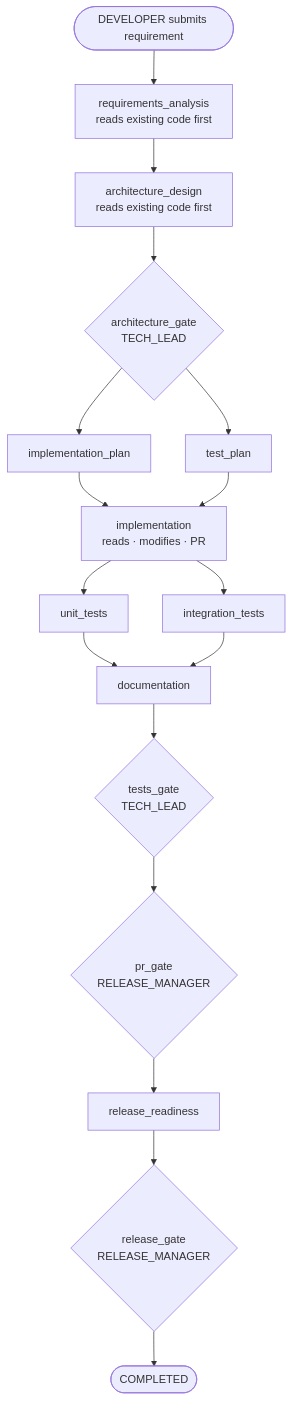
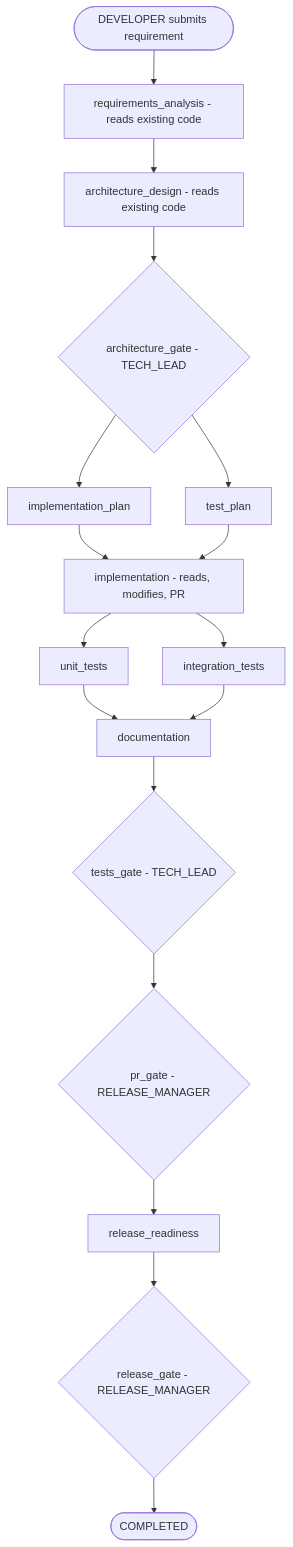
One commit to agentic-dev-projects/url-copilot changed the diagram in docs/scenarios/brownfield.md. Above: the diagram before and after it, drawn with Mermaid. The commit also changed 5 other files, not shown here.

First line of the commit message:
fix: strip all remaining Mermaid syntax GitHub cannot render

````diff
--- a/docs/scenarios/brownfield.md
+++ b/docs/scenarios/brownfield.md
@@ -17,19 +17,19 @@
 ```mermaid
 flowchart TD
-    SUBMIT([DEVELOPER submits requirement]) --> RA["requirements_analysis<br/>reads existing code first"]
-    RA --> AD["architecture_design<br/>reads existing code first"]
-    AD --> G1{"architecture_gate<br/>TECH_LEAD"}
+    SUBMIT([DEVELOPER submits requirement]) --> RA[requirements_analysis - reads existing code]
+    RA --> AD[architecture_design - reads existing code]
+    AD --> G1{architecture_gate - TECH_LEAD}
     G1 --> IP[implementation_plan]
     G1 --> TP[test_plan]
-    IP --> IMPL["implementation<br/>reads · modifies · PR"]
+    IP --> IMPL[implementation - reads, modifies, PR]
     TP --> IMPL
     IMPL --> UT[unit_tests]
     IMPL --> IT[integration_tests]
     UT --> DOC[documentation]
     IT --> DOC
-    DOC --> G2{"tests_gate<br/>TECH_LEAD"}
-    G2 --> G3{"pr_gate<br/>RELEASE_MANAGER"}
+    DOC --> G2{tests_gate - TECH_LEAD}
+    G2 --> G3{pr_gate - RELEASE_MANAGER}
     G3 --> RR[release_readiness]
-    RR --> G4{"release_gate<br/>RELEASE_MANAGER"}
+    RR --> G4{release_gate - RELEASE_MANAGER}
     G4 --> DONE([COMPLETED])
 ```
````
